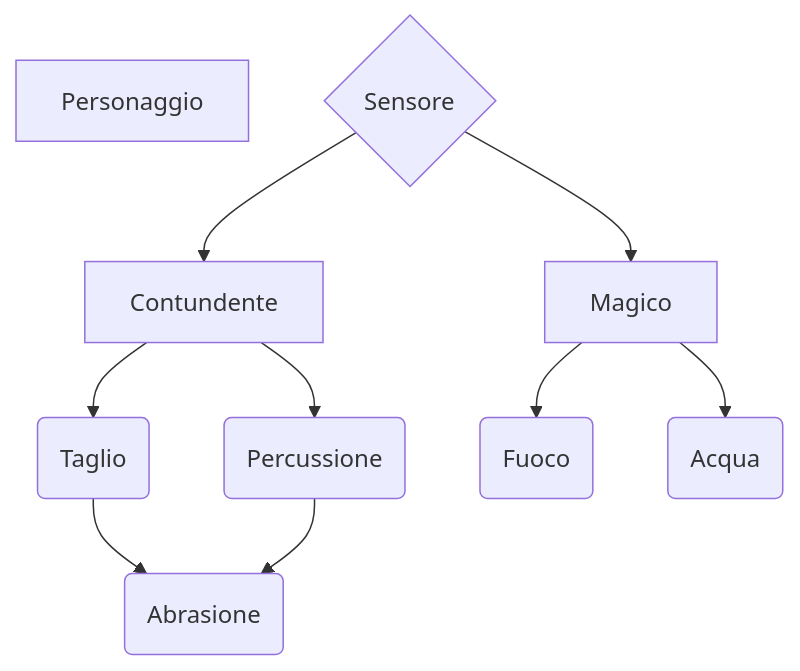
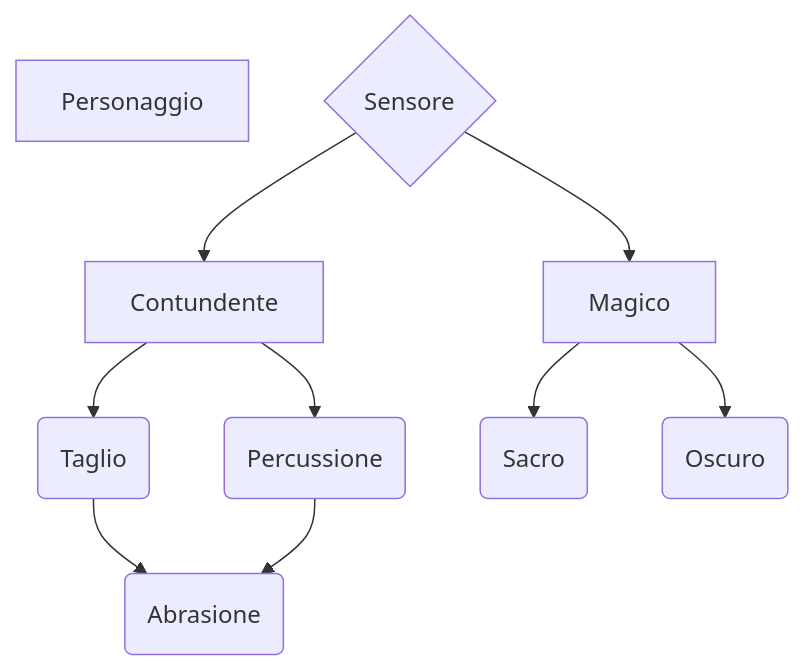
Before and after one commit to SerpenTaki/ProgettoP2: the diagram in Readme.md, drawn with Mermaid. The commit also changed other lines of this file, not shown here.

`````diff
--- a/Readme.md
+++ b/Readme.md
@@ -3,12 +3,12 @@
 ```mermaid
 flowchart TD
 A[Personaggio]
 B{Sensore} --> C[Contundente]
 B --> D[Magico]
 C --> E(Taglio)
 C --> F(Percussione)
 E --> G(Abrasione)
 F --> G
-D --> H(Fuoco)
-D --> I(Acqua)
+D --> H(Sacro)
+D --> I(Oscuro)
 ````
`````
